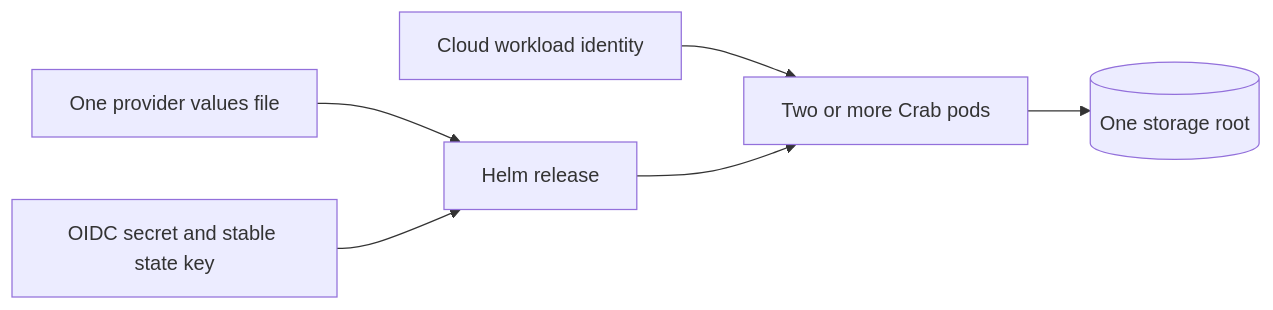
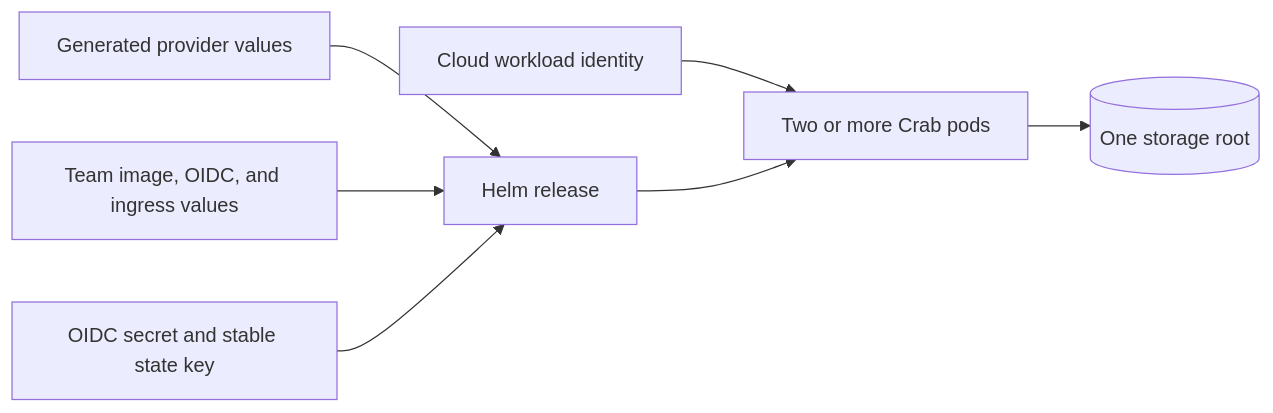
One commit to crabbuild/crab changed the third of 3 diagrams in crates/crab-http-server/deploy/README.md. Above: the diagram before and after it, drawn with Mermaid. The commit also changed other lines of this file and 18 other files, not shown here.

````diff
--- a/crates/crab-http-server/deploy/README.md
+++ b/crates/crab-http-server/deploy/README.md
@@ -124,8 +124,9 @@
 ```mermaid
 flowchart LR
-    Values[One provider values file] --> Helm[Helm release]
+    Provider[Generated provider values] --> Helm[Helm release]
+    Team[Team image, OIDC, and ingress values] --> Helm
     Secret[OIDC secret and stable state key] --> Helm
     Identity[Cloud workload identity] --> Pods[Two or more Crab pods]
     Helm --> Pods
     Pods --> Root[(One storage root)]
 ```
````
